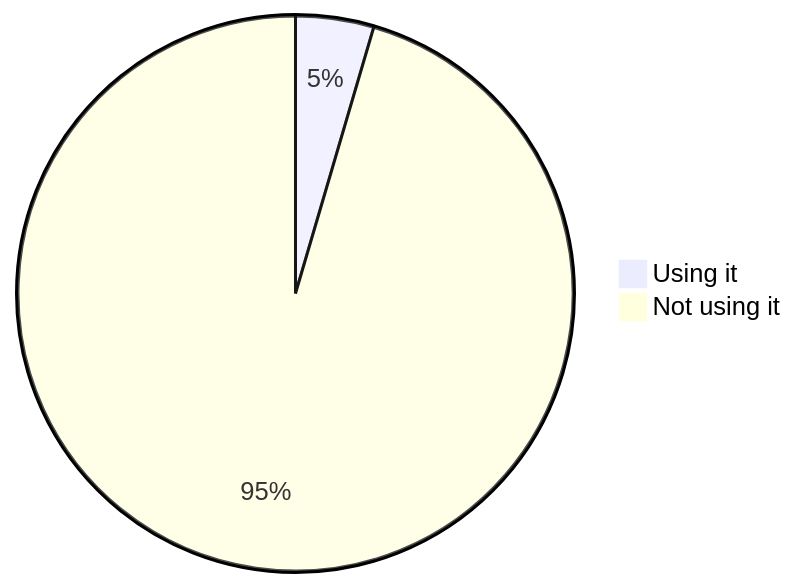
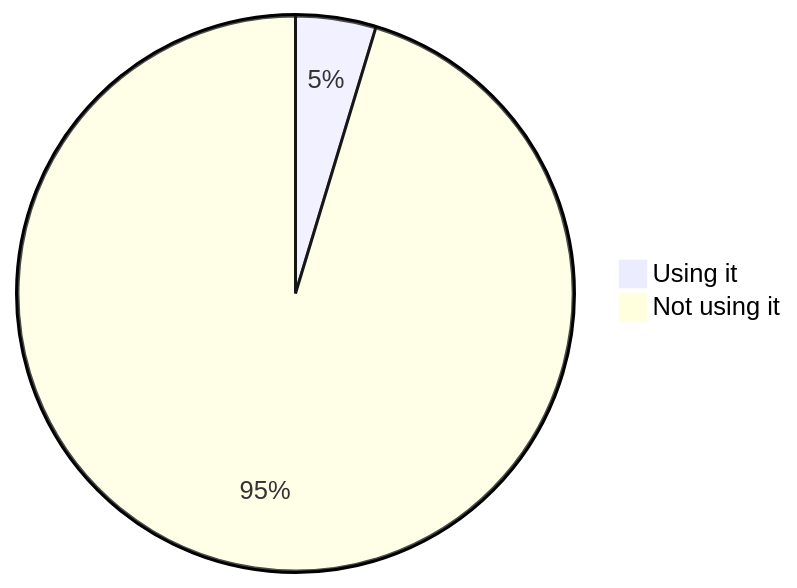
Before and after one commit to oshp/oshp-stats: the sixth of 22 diagrams in stats.md, drawn with Mermaid. The commit also changed other lines of this file, not shown here.

````diff
--- a/stats.md
+++ b/stats.md
@@ -70,6 +70,6 @@
 ```mermaid
 pie
-	"Using it" : 4.55
-	"Not using it" : 95.45
+	"Using it" : 4.67
+	"Not using it" : 95.33
 
 ```
````
